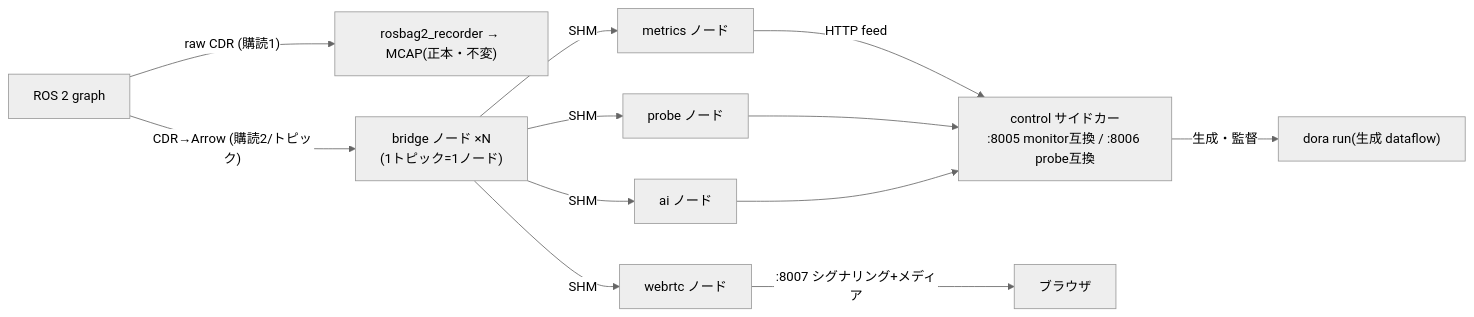
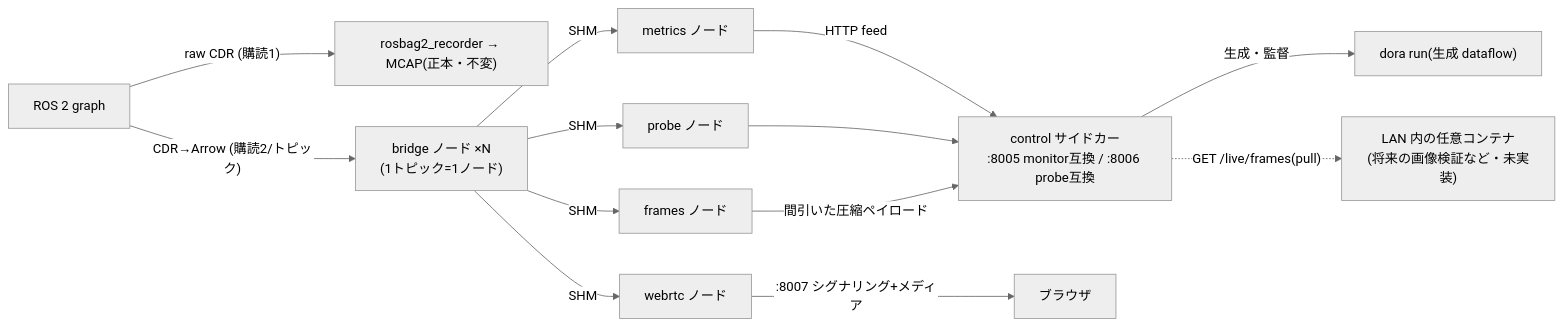
Before and after one commit to sige0002/kairos: the diagram in docs/specs/ja/dora_live.md, drawn with Mermaid (neutral theme). The commit also changed other lines of this file and 31 other files, not shown here.

````diff
--- a/docs/specs/ja/dora_live.md
+++ b/docs/specs/ja/dora_live.md
@@ -13,11 +24,12 @@
 ```mermaid
 flowchart LR
     ROS["ROS 2 graph"] -->|"raw CDR (購読1)"| REC["rosbag2_recorder → MCAP(正本・不変)"]
     ROS -->|"CDR→Arrow (購読2/トピック)"| B["bridge ノード ×N<br/>(1トピック=1ノード)"]
-    B -->|SHM| M["metrics ノード"] & P["probe ノード"] & A["ai ノード"] & W["webrtc ノード"]
+    B -->|SHM| M["metrics ノード"] & P["probe ノード"] & F["frames ノード"] & W["webrtc ノード"]
     M -->|HTTP feed| C["control サイドカー<br/>:8005 monitor互換 / :8006 probe互換"]
     P --> C
-    A --> C
+    F -->|"間引いた圧縮ペイロード"| C
     W -->|":8007 シグナリング+メディア"| BR["ブラウザ"]
     C -->|生成・監督| DF["dora run(生成 dataflow)"]
+    C -.->|"GET /live/frames(pull)"| EXT["LAN 内の任意コンテナ<br/>(将来の画像検証など・未実装)"]
 ```
````
